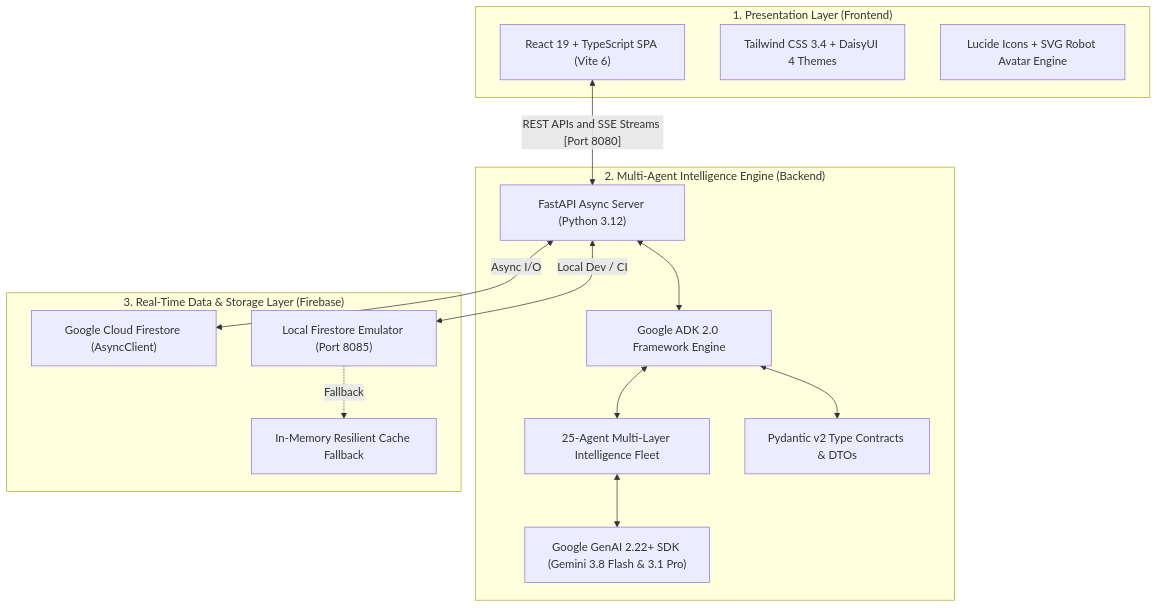
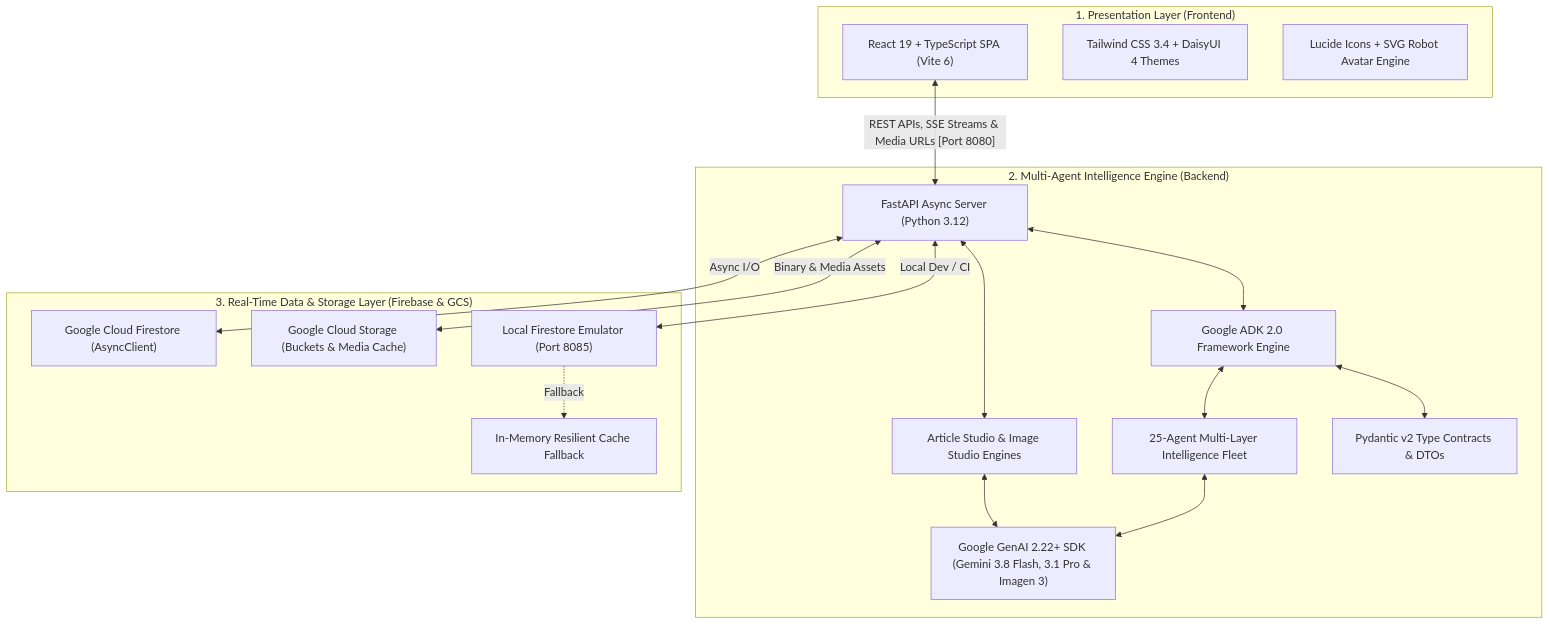
Before and after one commit to gowthamvarma/agentic-news: the first of 2 diagrams in docs/submission/03-tech-stack-and-antigravity.md, drawn with Mermaid. The commit also changed other lines of this file and 33 other files, not shown here.

````diff
--- a/docs/submission/03-tech-stack-and-antigravity.md
+++ b/docs/submission/03-tech-stack-and-antigravity.md
@@ -14,31 +14,36 @@
 ```mermaid
 flowchart TD
     subgraph ClientTier ["1. Presentation Layer (Frontend)"]
         ReactApp["React 19 + TypeScript SPA (Vite 6)"]
         TailwindDaisy["Tailwind CSS 3.4 + DaisyUI 4 Themes"]
         LucideIcons["Lucide Icons + SVG Robot Avatar Engine"]
     end
 
     subgraph ServiceTier ["2. Multi-Agent Intelligence Engine (Backend)"]
         FastAPIApp["FastAPI Async Server (Python 3.12)"]
         ADKEngine["Google ADK 2.0 Framework Engine"]
         FleetAgents["25-Agent Multi-Layer Intelligence Fleet"]
-        GenAISDK["Google GenAI 2.22+ SDK (Gemini 3.8 Flash & 3.1 Pro)"]
+        GenerativeStudios["Article Studio & Image Studio Engines"]
+        GenAISDK["Google GenAI 2.22+ SDK (Gemini 3.8 Flash, 3.1 Pro & Imagen 3)"]
         PydanticSchemas["Pydantic v2 Type Contracts & DTOs"]
     end
 
-    subgraph PersistenceTier ["3. Real-Time Data & Storage Layer (Firebase)"]
+    subgraph PersistenceTier ["3. Real-Time Data & Storage Layer (Firebase & GCS)"]
         FirestoreCloud["Google Cloud Firestore (AsyncClient)"]
+        GCSStorage["Google Cloud Storage (Buckets & Media Cache)"]
         EmulatorStore["Local Firestore Emulator (Port 8085)"]
         InMemoryFallback["In-Memory Resilient Cache Fallback"]
     end
 
-    ReactApp <-->|"REST APIs and SSE Streams [Port 8080]"| FastAPIApp
+    ReactApp <-->|"REST APIs, SSE Streams & Media URLs [Port 8080]"| FastAPIApp
     FastAPIApp <--> ADKEngine
     ADKEngine <--> FleetAgents
+    FastAPIApp <--> GenerativeStudios
     FleetAgents <--> GenAISDK
+    GenerativeStudios <--> GenAISDK
     ADKEngine <--> PydanticSchemas
     FastAPIApp <-->|"Async I/O"| FirestoreCloud
+    FastAPIApp <-->|"Binary & Media Assets"| GCSStorage
     FastAPIApp <-->|"Local Dev / CI"| EmulatorStore
     EmulatorStore -.->|"Fallback"| InMemoryFallback
 ```
````
